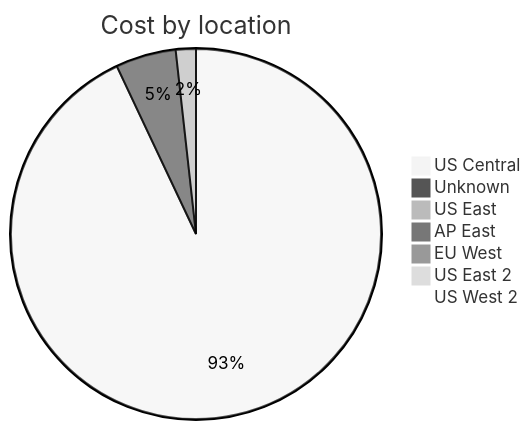
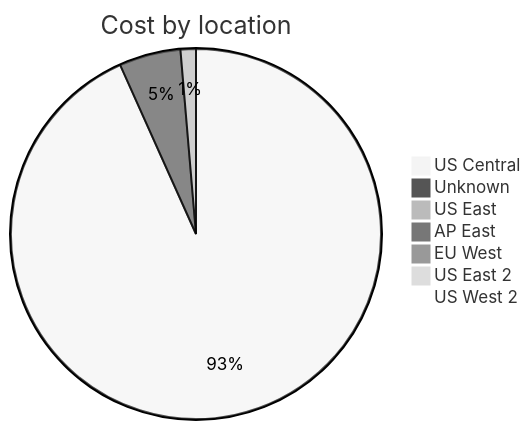
One commit to jpfulton/azure-personal-reports changed the third of 4 diagrams in cost-reports/accumulated-cost.md. Above: the diagram before and after it, drawn with Mermaid (neutral theme). The commit also changed other lines of this file and 4 other files, not shown here.

````diff
--- a/cost-reports/accumulated-cost.md
+++ b/cost-reports/accumulated-cost.md
@@ -123,11 +123,11 @@
 ```mermaid
 pie
    title Cost by location
-   "US Central" : 1.06
-   "Unknown" : 0.06
+   "US Central" : 1.39
+   "Unknown" : 0.08
    "US East" : 0.02
    "AP East" : 0.00
    "EU West" : 0.00
    "US East 2" : 0.00
    "US West 2" : 0.00
 ```
````
